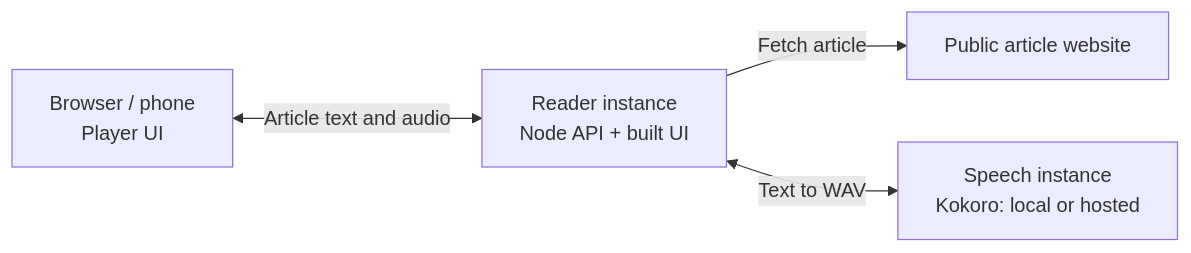
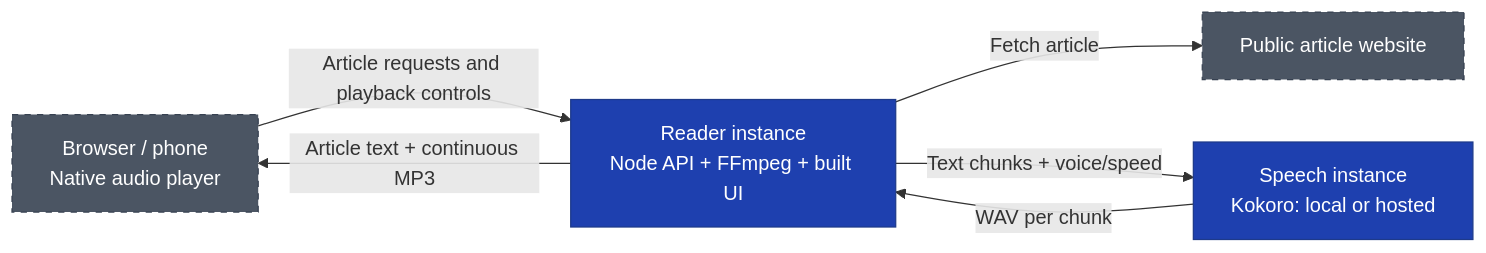
Before and after one commit to acramatte/article-reader: the diagram in README.md, drawn with Mermaid. The commit also changed other lines of this file and 36 other files, not shown here.

First line of the commit message:
feat(reader): stream narration with recoverable native playback

````diff
--- a/README.md
+++ b/README.md
@@ -60,6 +60,12 @@
 ```mermaid
 flowchart LR
-    Browser["Browser / phone<br/>Player UI"] <-->|"Article text and audio"| Reader["Reader instance<br/>Node API + built UI"]
+    Browser["Browser / phone<br/>Native audio player"] -->|"Article requests and playback controls"| Reader["Reader instance<br/>Node API + FFmpeg + built UI"]
+    Reader -->|"Article text + continuous MP3"| Browser
     Reader -->|"Fetch article"| Website["Public article website"]
-    Reader <-->|"Text to WAV"| Speech["Speech instance<br/>Kokoro: local or hosted"]
+    Reader -->|"Text chunks + voice/speed"| Speech["Speech instance<br/>Kokoro: local or hosted"]
+    Speech -->|"WAV per chunk"| Reader
+    classDef managed fill:#1e40af,stroke:#1e3a8a,color:#ffffff
+    classDef external fill:#4b5563,stroke:#374151,color:#ffffff,stroke-dasharray:5 5
+    class Reader,Speech managed
+    class Browser,Website external
 ```
````
